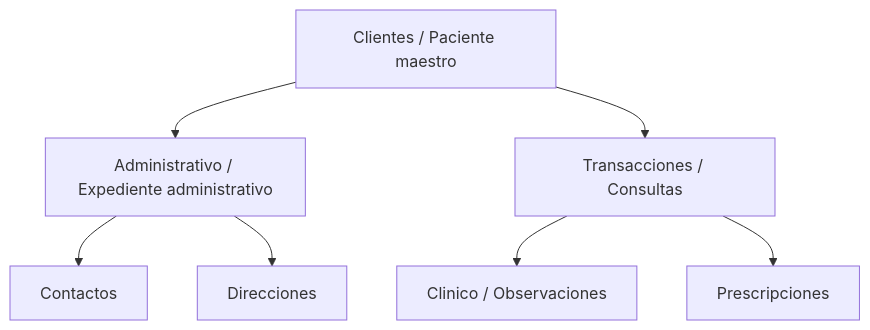
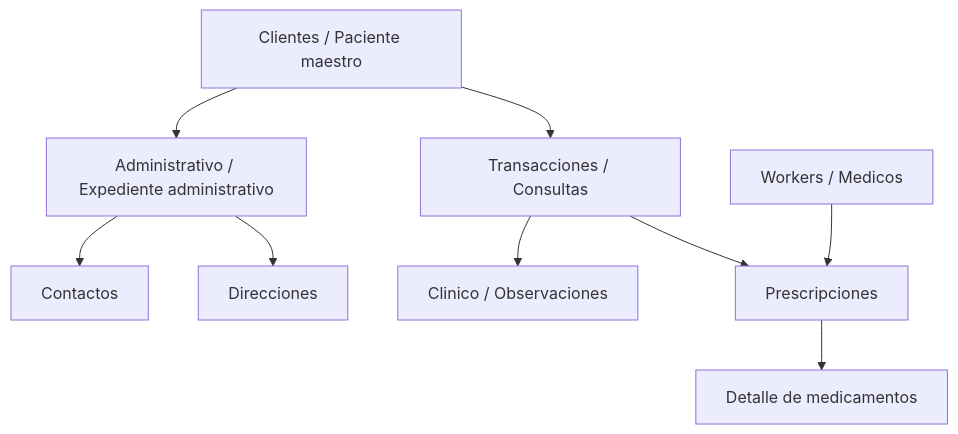
Before and after one commit to MauAR0134/MasterDataManagement_CyP2026: the diagram in README.md, drawn with Mermaid. The commit also changed other lines of this file and 28 other files, not shown here.

````diff
--- a/README.md
+++ b/README.md
@@ -67,17 +69,21 @@
 ```mermaid
 graph TD
     C["Clientes / Paciente maestro"]
     A["Administrativo / Expediente administrativo"]
     CP["Contactos"]
     D["Direcciones"]
     T["Transacciones / Consultas"]
     CL["Clinico / Observaciones"]
     P["Prescripciones"]
+    PM["Detalle de medicamentos"]
+    W["Workers / Medicos"]
 
     C --> A
     A --> CP
     A --> D
     C --> T
     T --> CL
     T --> P
+    P --> PM
+    W --> P
 ```
````
